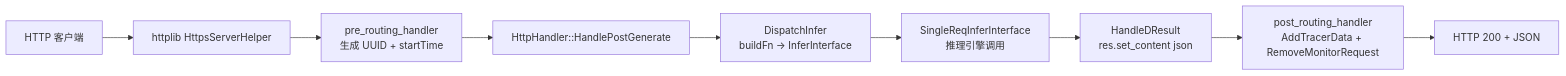
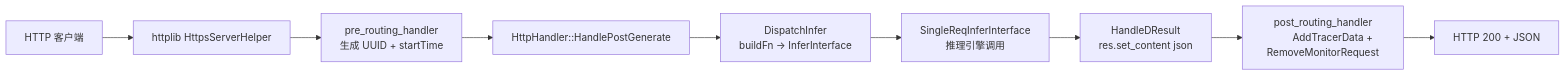
Before and after one commit to Lyr-GW/interview-docs: the third of 4 diagrams in docs/topics/http-server.md, drawn with Mermaid. The commit also changed other lines of this file and 7 other files, not shown here.

Commit message:
fix: replace mermaid <br/> with newlines to fix parsing under strict security mode

````diff
--- a/docs/topics/http-server.md
+++ b/docs/topics/http-server.md
@@ -124,11 +139,16 @@
 ```mermaid
 flowchart LR
     Client[HTTP 客户端] --> HL[httplib HttpsServerHelper]
-    HL --> Pre[pre_routing_handler<br/>生成 UUID + startTime]
+    HL --> Pre[pre_routing_handler
+        生成 UUID + startTime]
     Pre --> HH[HttpHandler::HandlePostGenerate]
-    HH --> DI[DispatchInfer<br/>buildFn → InferInterface]
-    DI --> SRI[SingleReqInferInterface<br/>推理引擎调用]
-    SRI --> HDR[HandleDResult<br/>res.set_content json]
-    HDR --> Post[post_routing_handler<br/>AddTracerData + RemoveMonitorRequest]
+    HH --> DI[DispatchInfer
+        buildFn → InferInterface]
+    DI --> SRI[SingleReqInferInterface
+        推理引擎调用]
+    SRI --> HDR[HandleDResult
+        res.set_content json]
+    HDR --> Post[post_routing_handler
+        AddTracerData + RemoveMonitorRequest]
     Post --> Client2[HTTP 200 + JSON]
 ```
````
